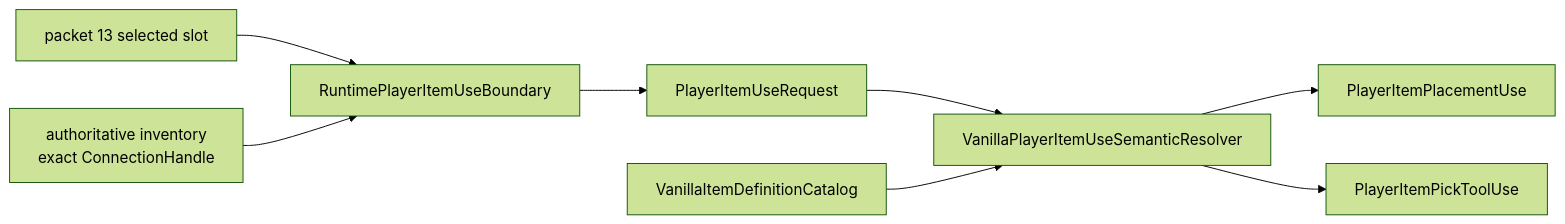
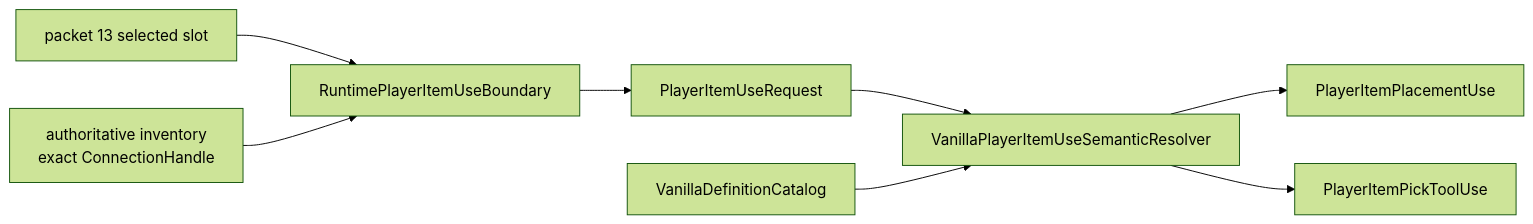
The first of 2 diagrams in docs/en/item-use-capabilities.md (VegaKernel/TerraRuntime), drawn with Mermaid (forest theme) before and after one commit. The commit also changed other lines of this file and 779 other files, not shown here.

````diff
--- a/docs/en/item-use-capabilities.md
+++ b/docs/en/item-use-capabilities.md
@@ -9,10 +9,10 @@
 ```mermaid
 flowchart LR
     P13["packet 13 selected slot"] --> Boundary["RuntimePlayerItemUseBoundary"]
     Inv["authoritative inventory\nexact ConnectionHandle"] --> Boundary
     Boundary --> Request["PlayerItemUseRequest"]
     Request --> Resolver["VanillaPlayerItemUseSemanticResolver"]
-    Definitions["VanillaItemDefinitionCatalog"] --> Resolver
+    Definitions["VanillaDefinitionCatalog"] --> Resolver
     Resolver --> Placement["PlayerItemPlacementUse"]
     Resolver --> Pick["PlayerItemPickToolUse"]
 ```
````
